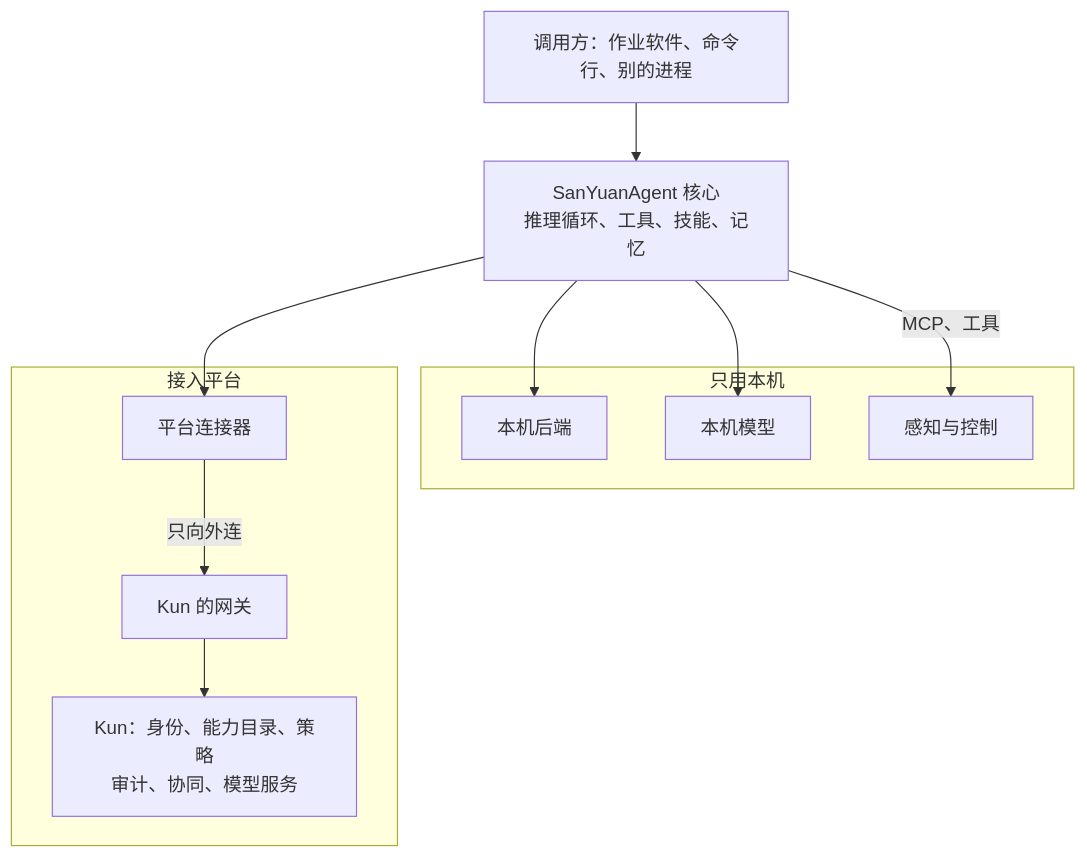
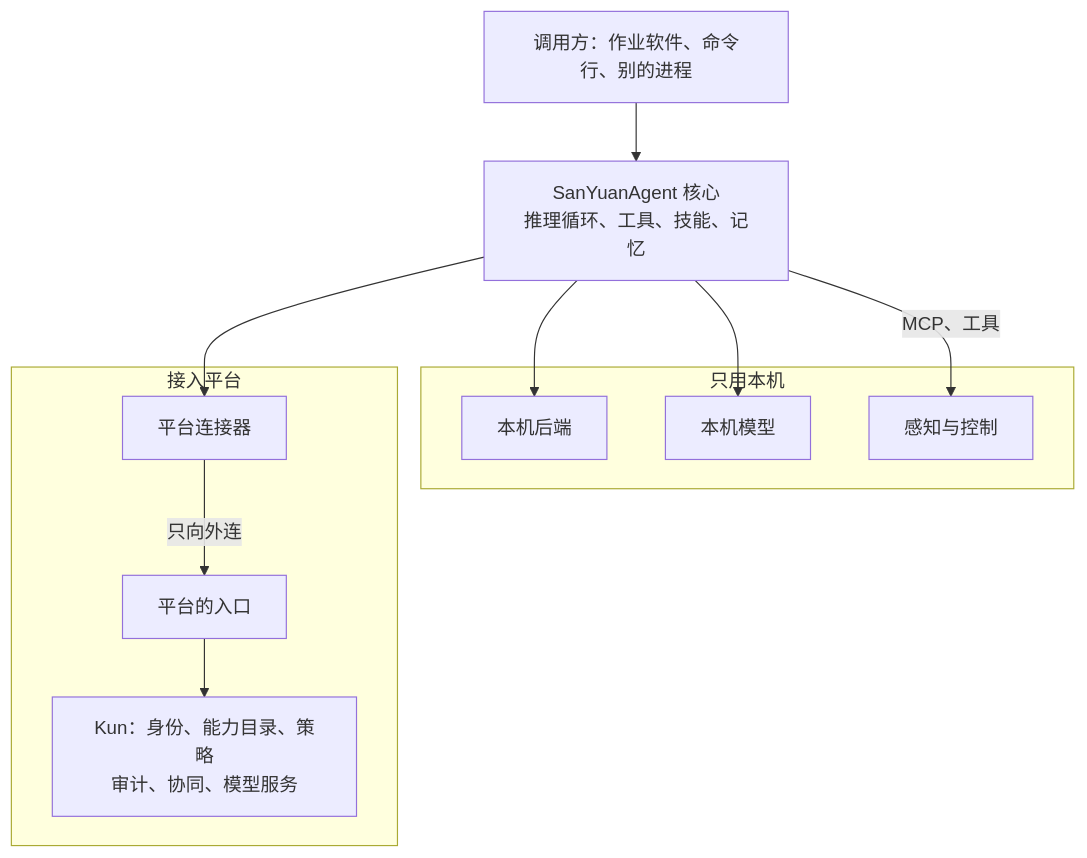
One commit to CavaiLAB/sanyuan-agent changed the diagram in docs/sdk.md. Above: the diagram before and after it, drawn with Mermaid. The commit also changed other lines of this file and 5 other files, not shown here.

````diff
--- a/docs/sdk.md
+++ b/docs/sdk.md
@@ -51,23 +51,23 @@
 ```mermaid
 flowchart TB
   APP["调用方：作业软件、命令行、别的进程"]
   CORE["SanYuanAgent 核心<br/>推理循环、工具、技能、记忆"]
   subgraph dev["只用本机"]
     LOCAL["本机后端"]
     LM["本机模型"]
     CTRL["感知与控制"]
   end
   subgraph plat["接入平台"]
     CONN["平台连接器"]
-    GW["Kun 的网关"]
+    GW["平台的入口"]
     KUN["Kun：身份、能力目录、策略<br/>审计、协同、模型服务"]
   end
 
   APP --> CORE
   CORE --> LOCAL
   CORE --> LM
   CORE -->|"MCP、工具"| CTRL
   CORE --> CONN
   CONN -->|"只向外连"| GW
   GW --> KUN
 ```
````
